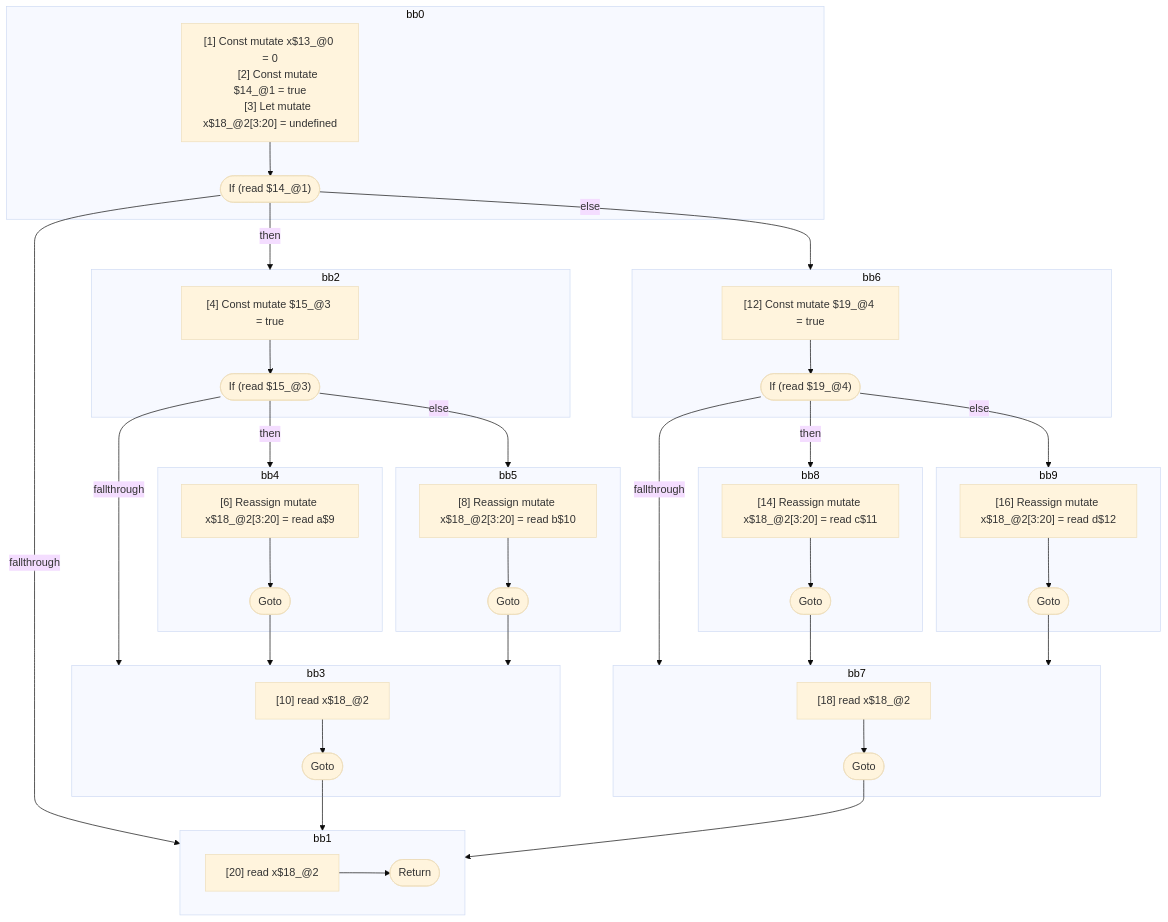
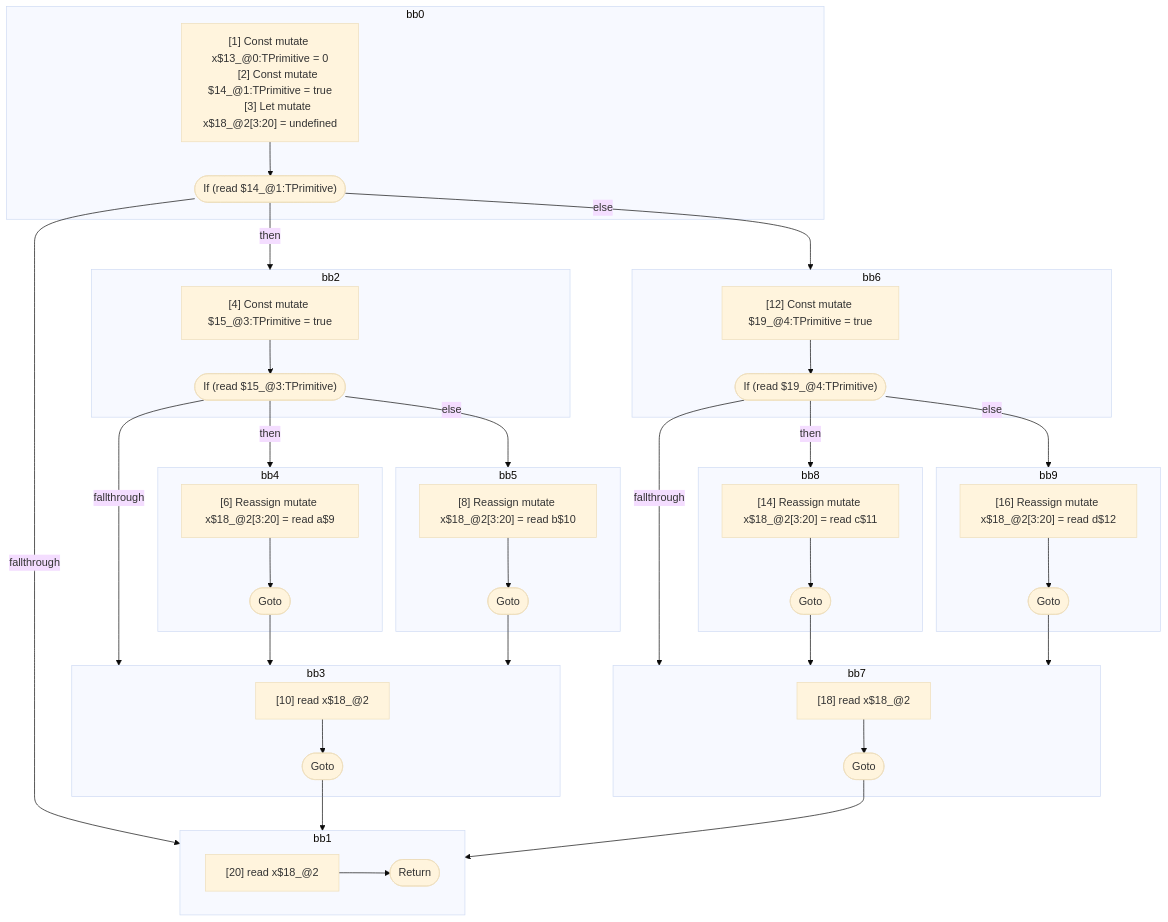
The diagram in compiler/forget/src/__tests__/fixtures/hir/ssa-multiple-phis.expect.md (wutsmog/private), drawn with Mermaid (base theme) before and after one commit. The commit also changed other lines of this file and 112 other files, not shown here.

```diff
--- a/compiler/forget/src/__tests__/fixtures/hir/ssa-multiple-phis.expect.md
+++ b/compiler/forget/src/__tests__/fixtures/hir/ssa-multiple-phis.expect.md
@@ -120,17 +120,17 @@
   %% Basic Blocks
   subgraph bb0
     bb0_instrs["
-      [1] Const mutate x$13_@0 = 0
-      [2] Const mutate $14_@1 = true
+      [1] Const mutate x$13_@0:TPrimitive = 0
+      [2] Const mutate $14_@1:TPrimitive = true
       [3] Let mutate x$18_@2[3:20] = undefined
     "]
-    bb0_instrs --> bb0_terminal(["If (read $14_@1)"])
+    bb0_instrs --> bb0_terminal(["If (read $14_@1:TPrimitive)"])
   end
   subgraph bb2
     bb2_instrs["
-      [4] Const mutate $15_@3 = true
+      [4] Const mutate $15_@3:TPrimitive = true
     "]
-    bb2_instrs --> bb2_terminal(["If (read $15_@3)"])
+    bb2_instrs --> bb2_terminal(["If (read $15_@3:TPrimitive)"])
   end
   subgraph bb4
     bb4_instrs["
@@ -152,9 +152,9 @@
   end
   subgraph bb6
     bb6_instrs["
-      [12] Const mutate $19_@4 = true
+      [12] Const mutate $19_@4:TPrimitive = true
     "]
-    bb6_instrs --> bb6_terminal(["If (read $19_@4)"])
+    bb6_instrs --> bb6_terminal(["If (read $19_@4:TPrimitive)"])
   end
   subgraph bb8
     bb8_instrs["
```
